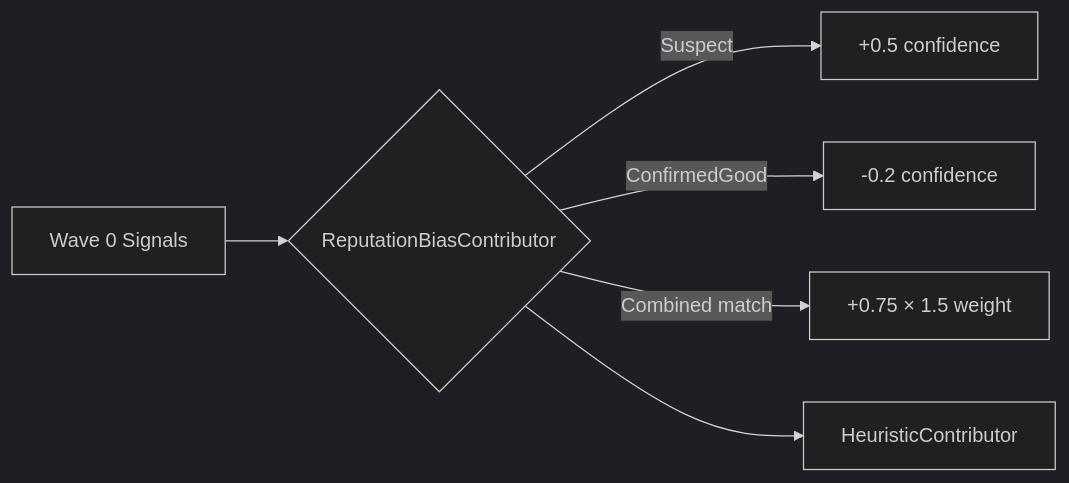
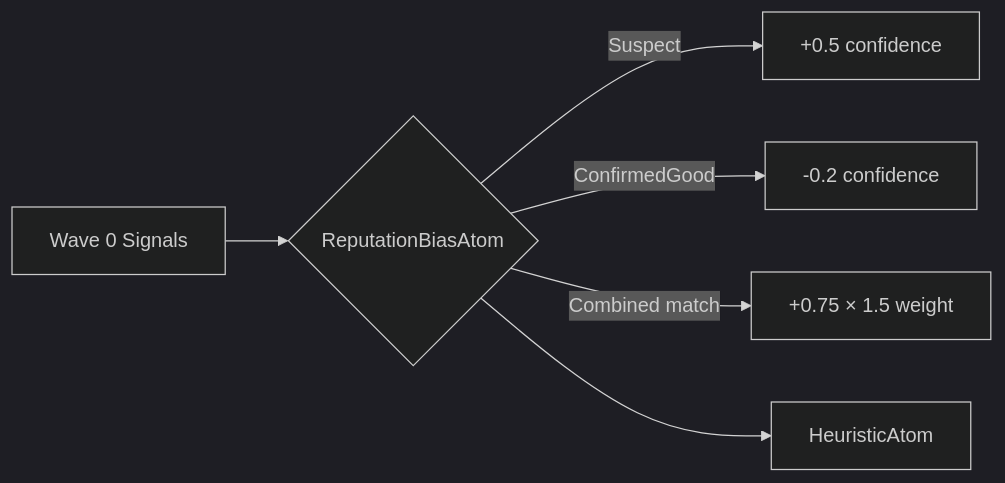
One commit to scottgal/stylobot changed the fourth of 6 diagrams in src/Mostlylucid.BotDetection/docs/learning-and-reputation.md. Above: the diagram before and after it, drawn with Mermaid (dark theme). The commit also changed other lines of this file and 53 other files, not shown here.

````diff
--- a/src/Mostlylucid.BotDetection/docs/learning-and-reputation.md
+++ b/src/Mostlylucid.BotDetection/docs/learning-and-reputation.md
@@ -242,8 +242,8 @@
 ```mermaid
 flowchart LR
-    Wave0[Wave 0 Signals] --> Bias{ReputationBiasContributor}
+    Wave0[Wave 0 Signals] --> Bias{ReputationBiasAtom}
     Bias -->|Suspect| AddBias["+0.5 confidence"]
     Bias -->|ConfirmedGood| SubBias["-0.2 confidence"]
     Bias -->|Combined match| HighBias["+0.75 × 1.5 weight"]
-    Bias --> Heuristic[HeuristicContributor]
+    Bias --> Heuristic[HeuristicAtom]
 ```
````
